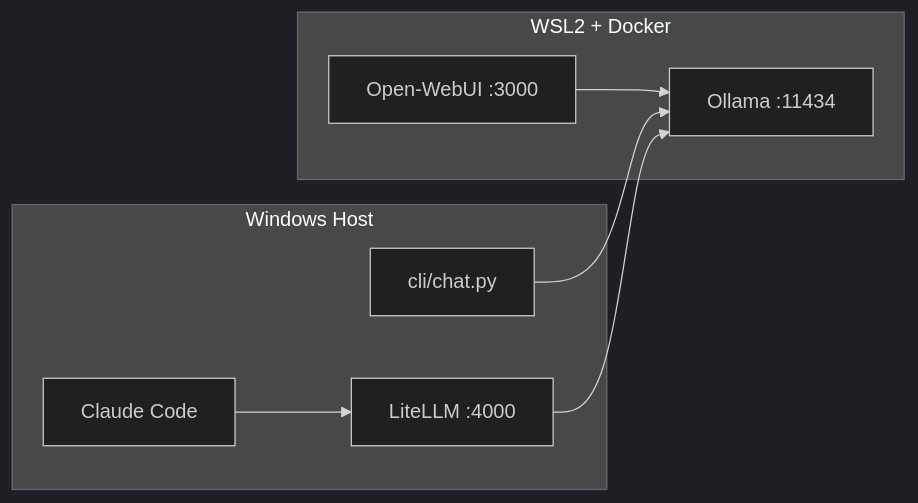
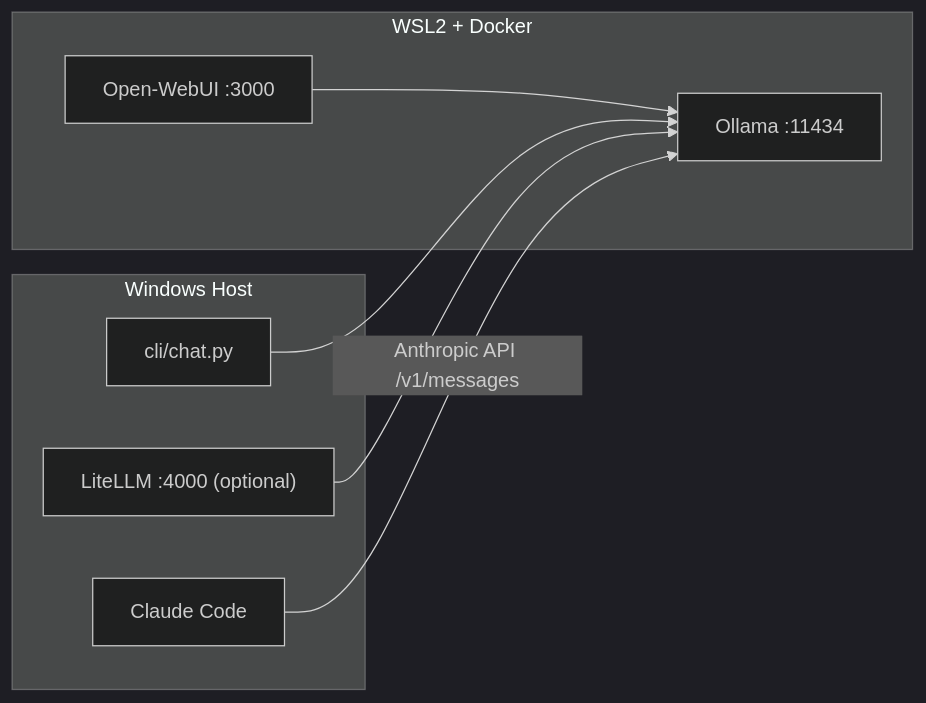
The diagram in README.md (asafb2k/gemma_4_local_setup), drawn with Mermaid (dark theme) before and after one commit. The commit also changed other lines of this file and 5 other files, not shown here.

Commit message:
Refactor Claude Code integration to use Ollama's native Anthropic API, removing the LiteLLM proxy requirement. Update README, architecture, and troubleshooting documentation to reflect changes. Adjust scripts and configuration files for direct model access and enhanced functionality.

````diff
--- a/README.md
+++ b/README.md
@@ -15,16 +16,16 @@
 ```mermaid
 flowchart LR
     subgraph wsl2Docker [WSL2 + Docker]
         OLLAMA["Ollama :11434"]
         WEBUI["Open-WebUI :3000"]
     end
     subgraph host [Windows Host]
         CLI["cli/chat.py"]
-        LLM["LiteLLM :4000"]
+        LLM["LiteLLM :4000 (optional)"]
         CC["Claude Code"]
     end
     WEBUI --> OLLAMA
     CLI --> OLLAMA
     LLM --> OLLAMA
-    CC --> LLM
+    CC -->|"Anthropic API /v1/messages"| OLLAMA
 ```
````
